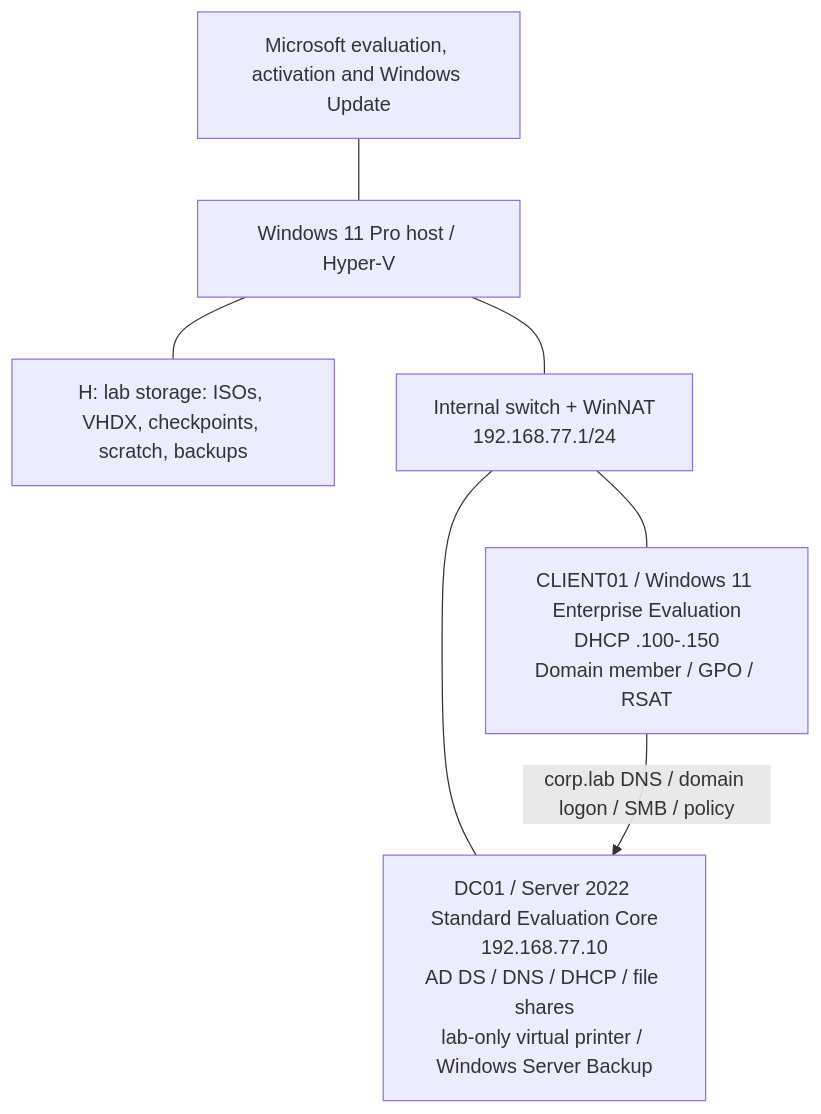
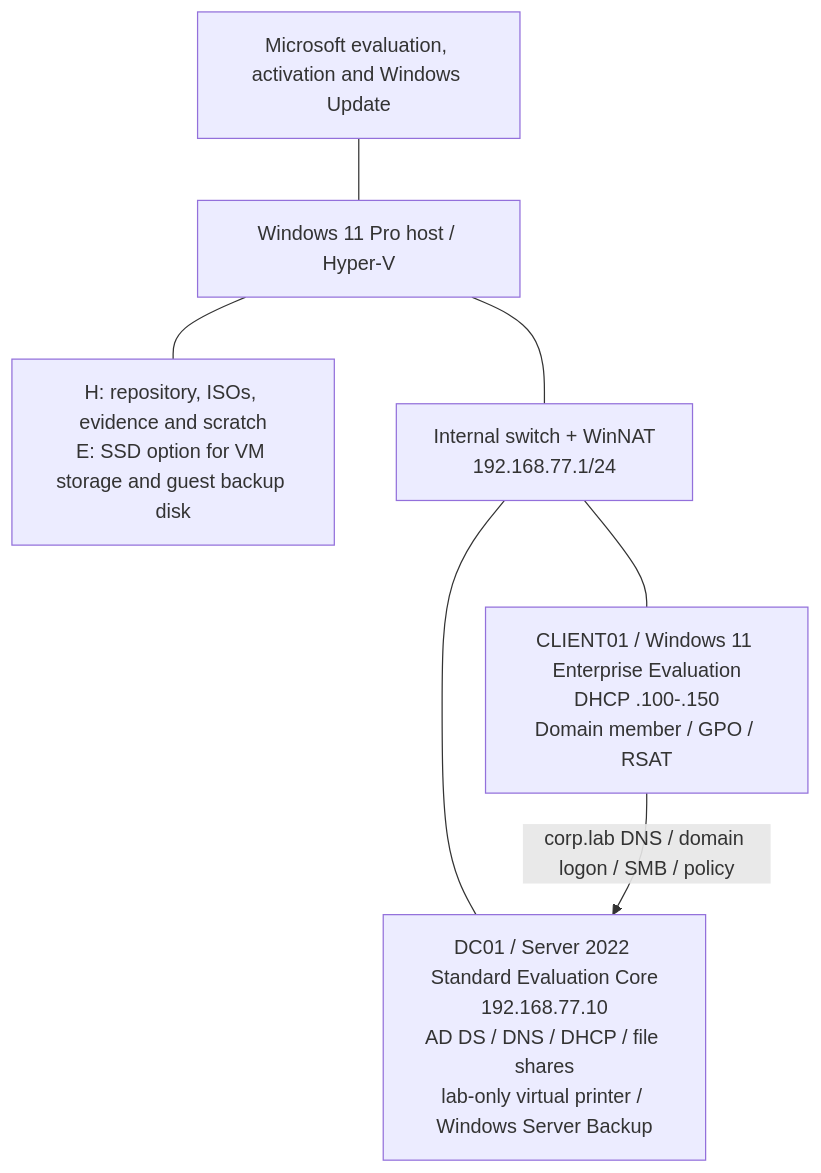
One commit to iamnajib71/windows-ad-lab changed the diagram in README.md. Above: the diagram before and after it, drawn with Mermaid. The commit also changed other lines of this file and 11 other files, not shown here.

Commit message:
Support guarded SSD storage moves and verify client domain membership

````diff
--- a/README.md
+++ b/README.md
@@ -11,15 +11,15 @@
 ```mermaid
 flowchart TB
     Internet[Microsoft evaluation, activation and Windows Update]
     Host[Windows 11 Pro host / Hyper-V]
-    Storage["H: lab storage: ISOs, VHDX, checkpoints, scratch, backups"]
+    Storage["H: repository, ISOs, evidence and scratch\nE: SSD option for VM storage and guest backup disk"]
     NAT["Internal switch + WinNAT\n192.168.77.1/24"]
     DC["DC01 / Server 2022 Standard Evaluation Core\n192.168.77.10\nAD DS / DNS / DHCP / file shares\nlab-only virtual printer / Windows Server Backup"]
     Client["CLIENT01 / Windows 11 Enterprise Evaluation\nDHCP .100-.150\nDomain member / GPO / RSAT"]
     Internet --- Host
     Host --- Storage
     Host --- NAT
     NAT --- DC
     NAT --- Client
     Client -->|corp.lab DNS / domain logon / SMB / policy| DC
 ```
````
